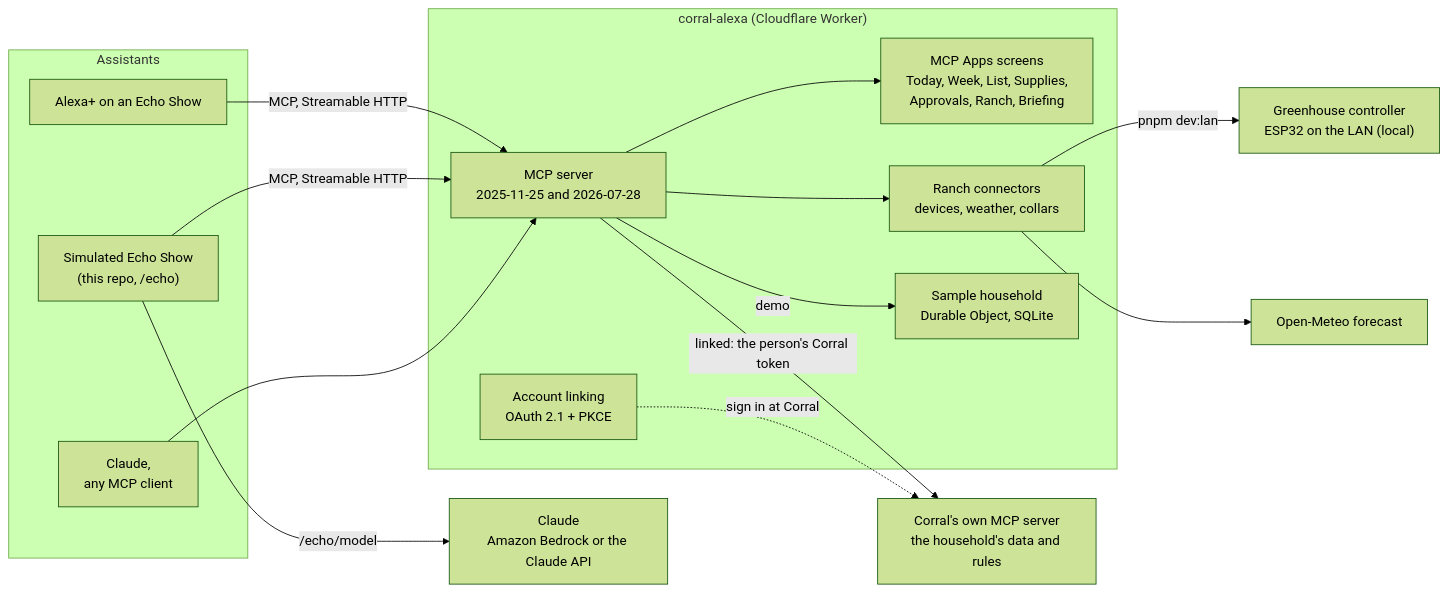
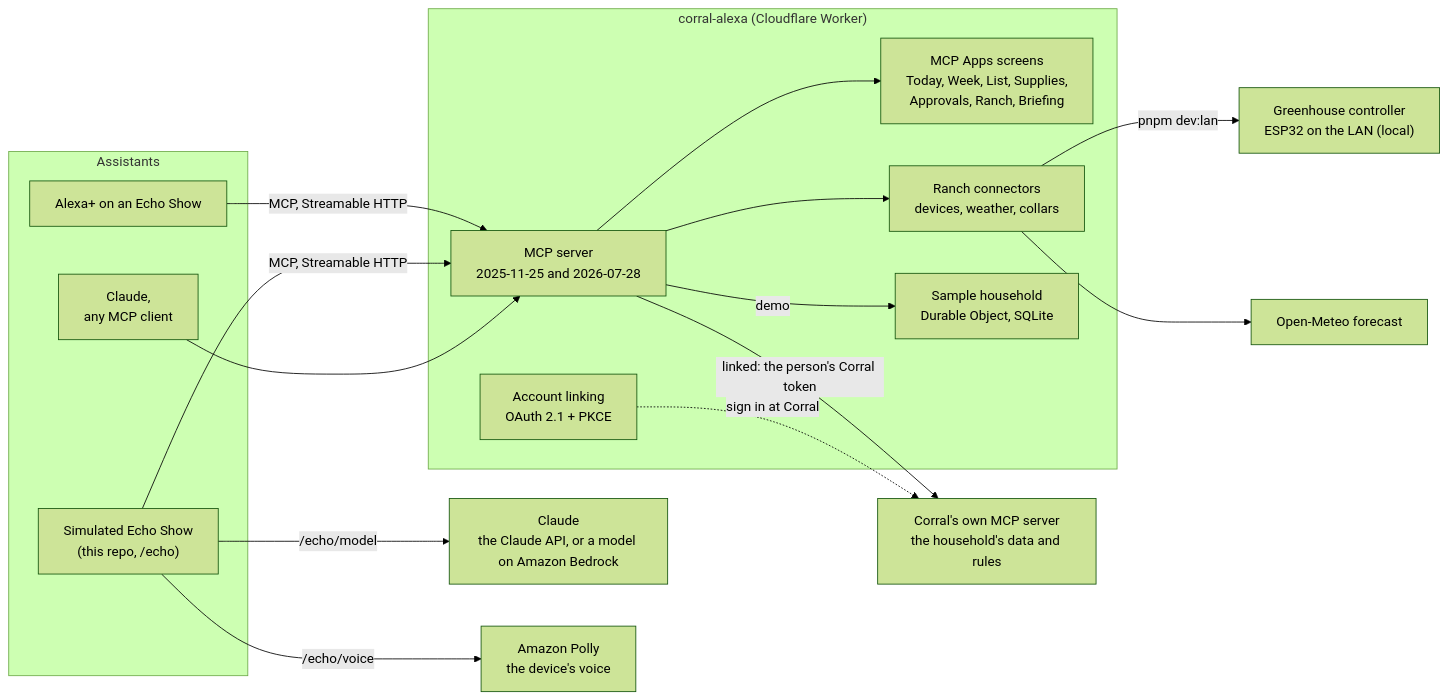
One commit to NMooreCo/corral-alexa changed the diagram in README.md. Above: the diagram before and after it, drawn with Mermaid (forest theme). The commit also changed other lines of this file and 1 other file, not shown here.

Commit message:
The README and dev log cover the Echo Show's Polly voice and the Bedrock path for models other than Claude: Amazon Polly is live in the demo, with Bedrock built and waiting on the account; the architecture diagram gains Polly

````diff
--- a/README.md
+++ b/README.md
@@ -50,30 +50,32 @@
 ```mermaid
 flowchart LR
   subgraph Assistants
     A["Alexa+ on an Echo Show"]
     S["Simulated Echo Show<br/>(this repo, /echo)"]
     O["Claude,<br/>any MCP client"]
   end
   subgraph Bridge["corral-alexa (Cloudflare Worker)"]
     M["MCP server<br/>2025-11-25 and 2026-07-28"]
     U["MCP Apps screens<br/>Today, Week, List, Supplies,<br/>Approvals, Ranch, Briefing"]
     R["Ranch connectors<br/>devices, weather, collars"]
     L["Account linking<br/>OAuth 2.1 + PKCE"]
     P["Sample household<br/>Durable Object, SQLite"]
   end
-  B["Claude<br/>Amazon Bedrock or the Claude API"]
+  B["Claude<br/>the Claude API, or a model on Amazon Bedrock"]
+  V["Amazon Polly<br/>the device's voice"]
   G["Greenhouse controller<br/>ESP32 on the LAN (local)"]
   W["Open-Meteo forecast"]
   C["Corral's own MCP server<br/>the household's data and rules"]
   A -- "MCP, Streamable HTTP" --> M
   S -- "MCP, Streamable HTTP" --> M
   O --> M
   S -- "/echo/model" --> B
+  S -- "/echo/voice" --> V
   M --> U
   M -- "linked: the person's Corral token" --> C
   M -- "demo" --> P
   L -. "sign in at Corral" .-> C
   M --> R
   R -- "pnpm dev:lan" --> G
   R --> W
 ```
````
